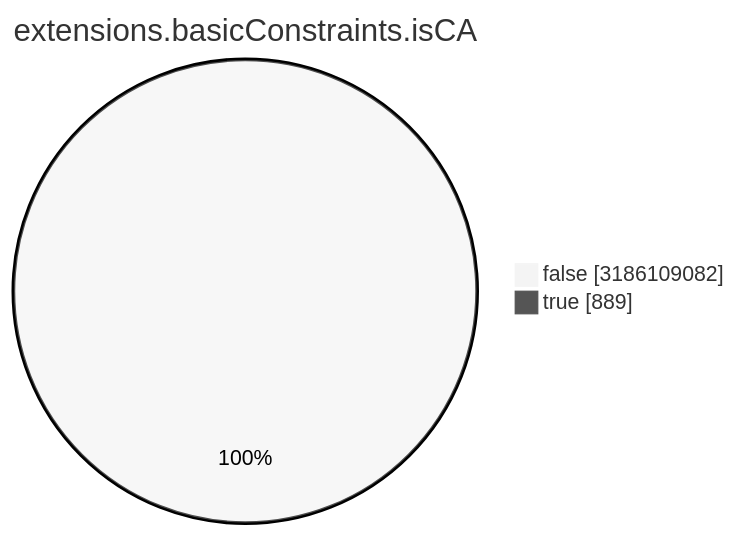
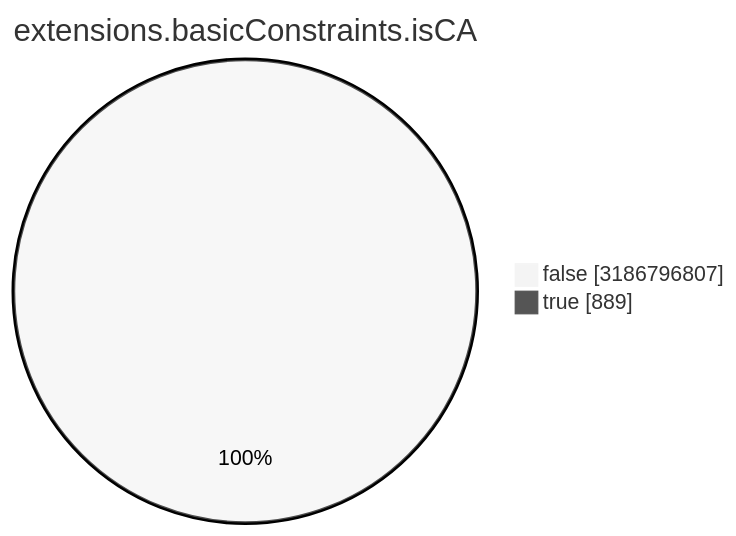
One commit to christiankrug/ctmonitor_visualization changed the seventh of 15 diagrams in TOTAL/README.md. Above: the diagram before and after it, drawn with Mermaid (neutral theme). The commit also changed other lines of this file, not shown here.

````diff
--- a/TOTAL/README.md
+++ b/TOTAL/README.md
@@ -3088,6 +3088,6 @@
 ```mermaid
 pie showData
 title extensions.basicConstraints.isCA
-"false" :3186109082
+"false" :3186796807
 "true" :889
 ```
````
